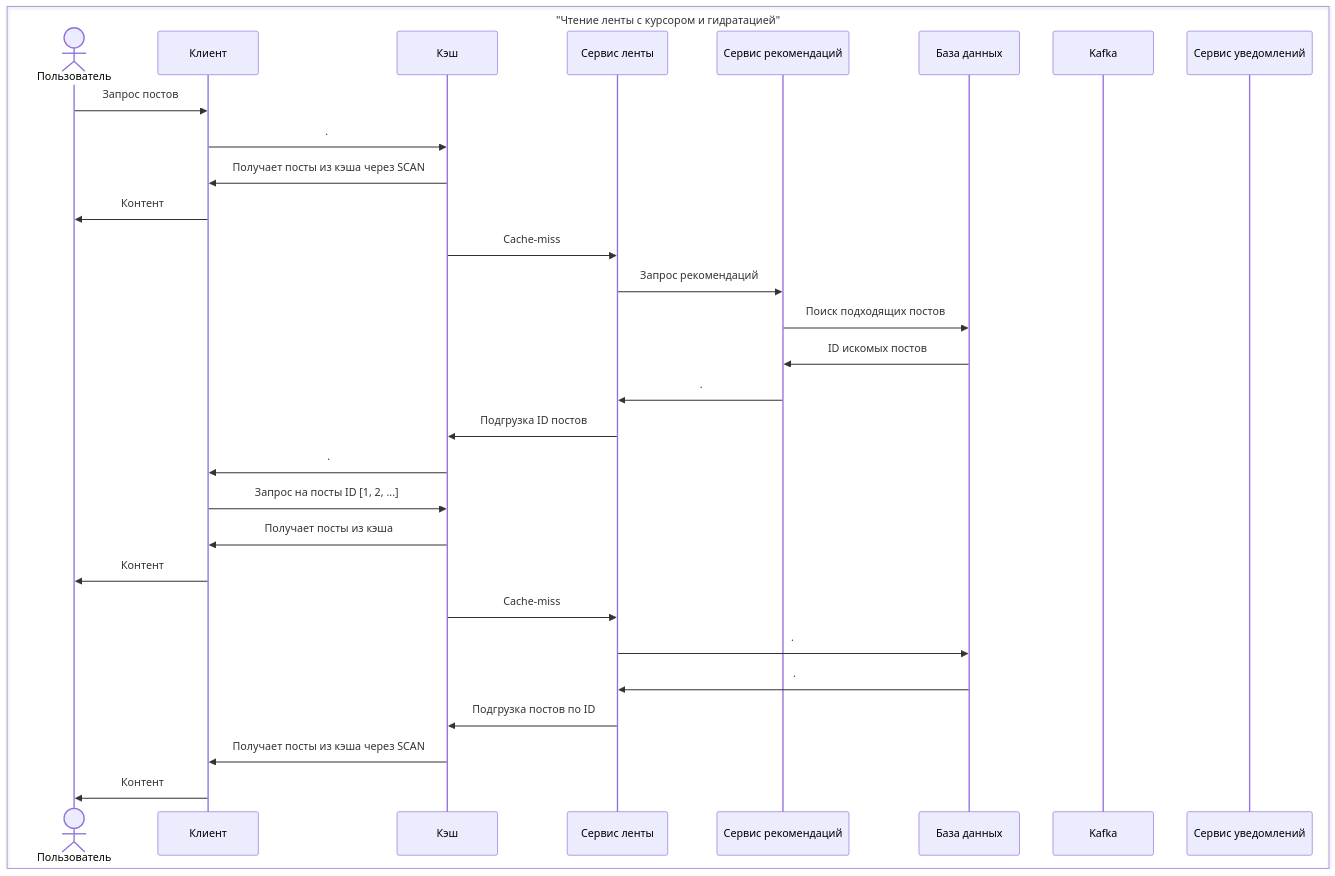
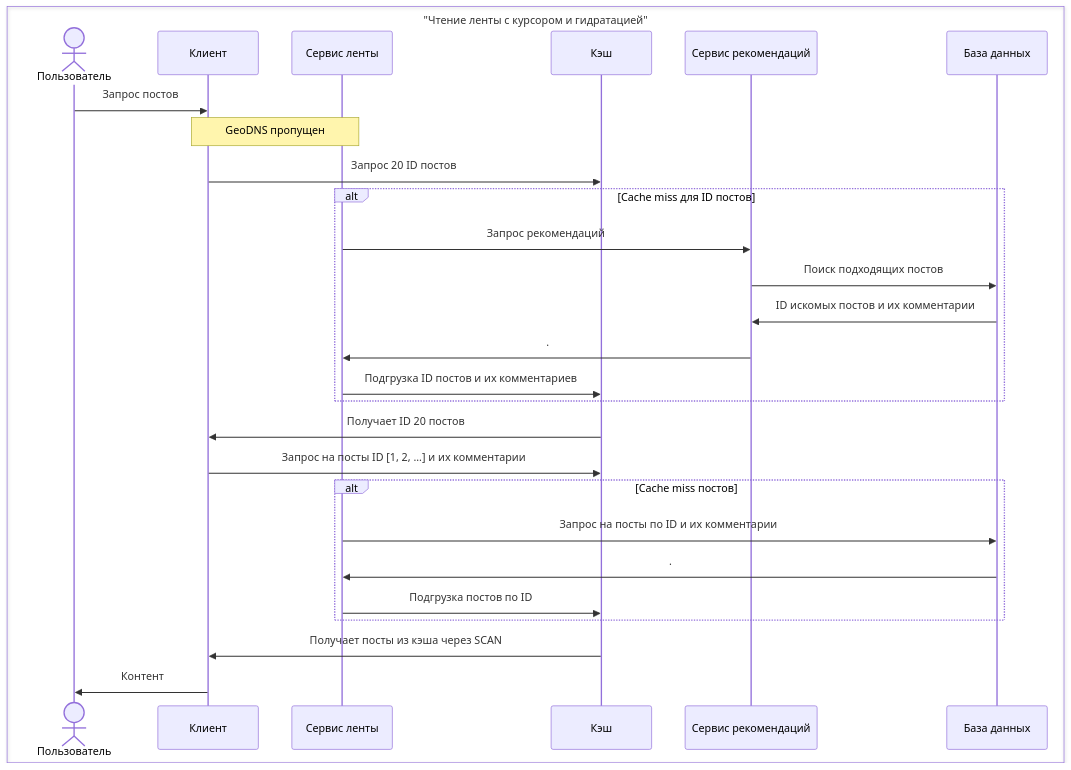
Before and after one commit to mike-pech/masters-theory: the fifth of 6 diagrams in System Design/Practice/2. Recommended feed.md, drawn with Mermaid. The commit also changed other lines of this file and 6 other files, not shown here.

````diff
--- a/System Design/Practice/2. Recommended feed.md
+++ b/System Design/Practice/2. Recommended feed.md
@@ -311,71 +404,60 @@
  ```mermaid
 sequenceDiagram
-
-  
-
 box "Чтение ленты с курсором и гидратацией"
 
 actor User as Пользователь
 
 participant Client as Клиент
 
+participant Server-feed as Сервис ленты
+
 participant Cache as Кэш
-
-participant Server-feed as Сервис ленты
 
 participant Server-rec as Сервис рекомендаций
 
 participant Database as База данных
-
-participant Kafka as Kafka
-
-participant Server-notif as Сервис уведомлений
 
 end
 
   
 
 User->>Client: Запрос постов
 
-Client->>Cache: .
+Note over Client,Server-feed: GeoDNS пропущен
 
-Cache->>Client: Получает посты из кэша через SCAN
+Client->>Cache: Запрос 20 ID постов
 
-Client->>User: Контент
-
-  
-
-Cache->>Server-feed: Cache-miss
+alt Cache miss для ID постов
 
 Server-feed->>Server-rec: Запрос рекомендаций
 
 Server-rec->>Database: Поиск подходящих постов
 
-Database->>Server-rec: ID искомых постов
+Database->>Server-rec: ID искомых постов и их комментарии
 
 Server-rec->>Server-feed: .
 
-Server-feed->>Cache: Подгрузка ID постов
+Server-feed->>Cache: Подгрузка ID постов и их комментариев
 
-Cache->>Client: .
+end
 
-Client->>Cache: Запрос на посты ID [1, 2, ...]
+Cache->>Client: Получает ID 20 постов
 
-Cache->>Client: Получает посты из кэша
-
-Client->>User: Контент
+Client->>Cache: Запрос на посты ID [1, 2, ...] и их комментарии
 
   
 
-Cache->>Server-feed: Cache-miss
+alt Cache miss постов
 
-Server-feed->>Database: .
+Server-feed->>Database: Запрос на посты по ID и их комментарии
 
 Database->>Server-feed: .
 
 Server-feed->>Cache: Подгрузка постов по ID
 
+end
+
 Cache->>Client: Получает посты из кэша через SCAN
 
-Client->>User: Контент    
+Client->>User: Контент
 ```
````
